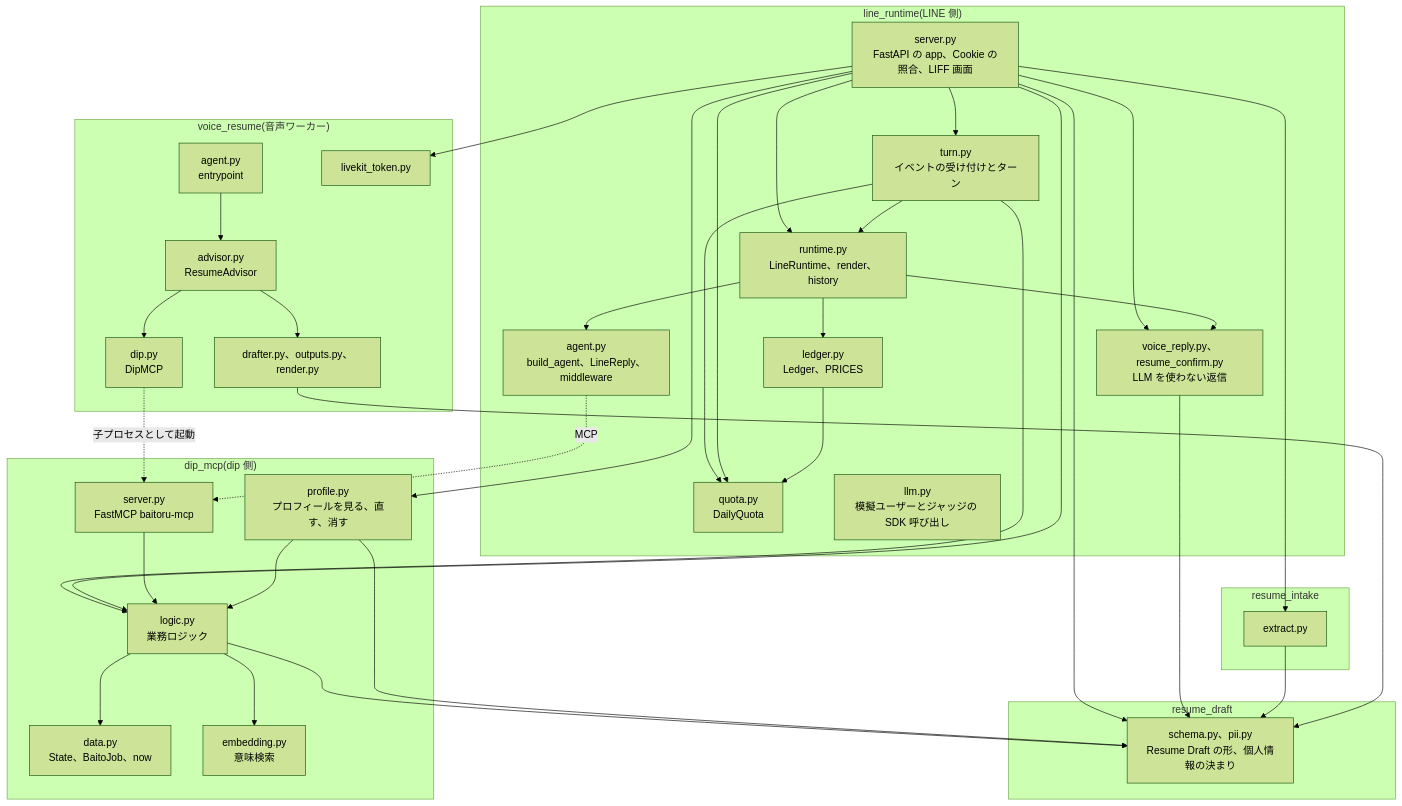
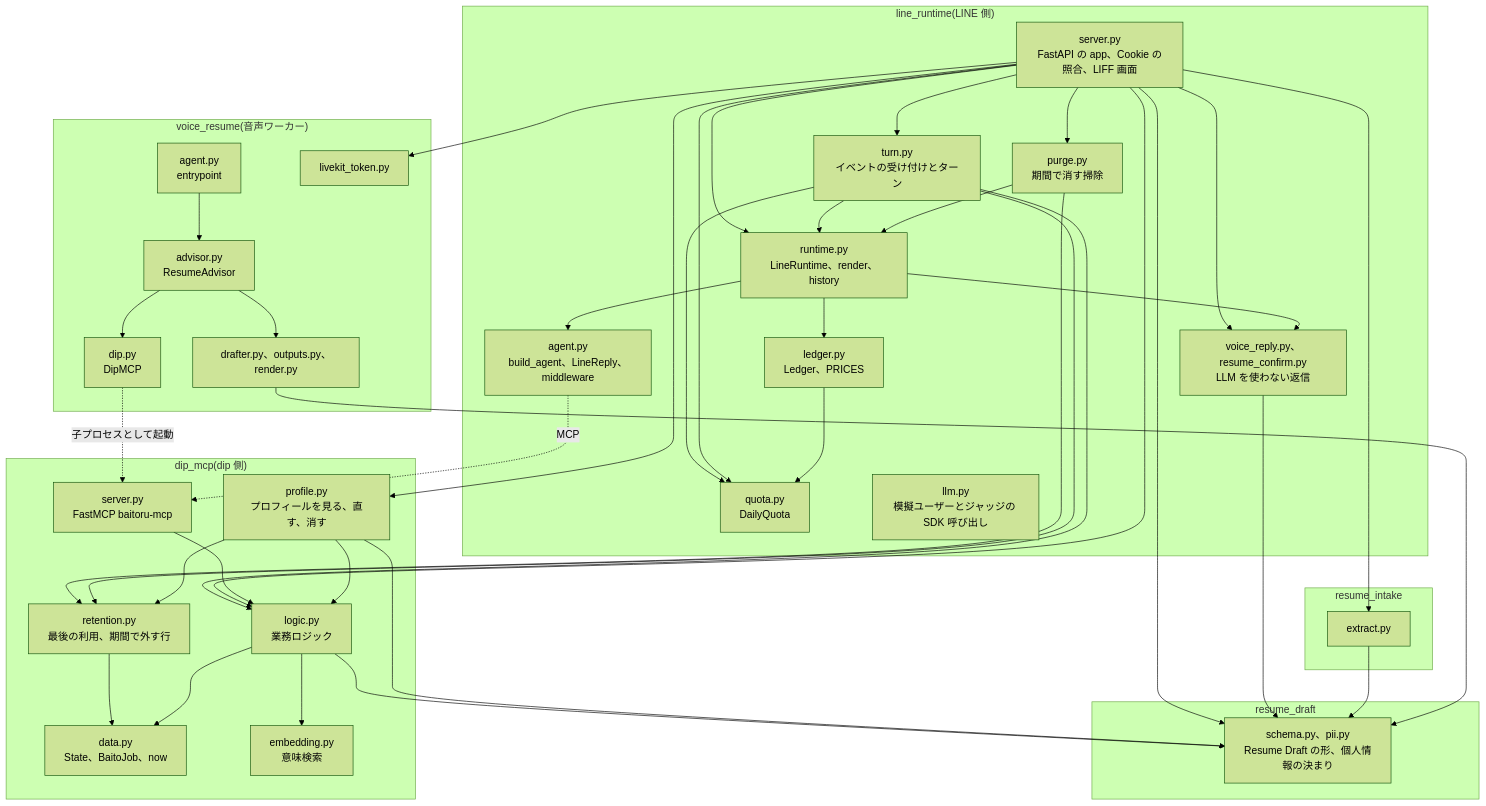
One commit to jyoka/aica changed the first of 12 diagrams in docs/architecture/lld.md. Above: the diagram before and after it, drawn with Mermaid (forest theme). The commit also changed other lines of this file and 13 other files, not shown here.

````diff
--- a/docs/architecture/lld.md
+++ b/docs/architecture/lld.md
@@ -18,62 +18,70 @@
 ```mermaid
 flowchart TB
     subgraph lr["line_runtime(LINE 側)"]
         server["server.py<br/>FastAPI の app、Cookie の照合、LIFF 画面"]
         turn["turn.py<br/>イベントの受け付けとターン"]
         runtime["runtime.py<br/>LineRuntime、render、history"]
         agent["agent.py<br/>build_agent、LineReply、middleware"]
         quota["quota.py<br/>DailyQuota"]
         ledger["ledger.py<br/>Ledger、PRICES"]
+        purge["purge.py<br/>期間で消す掃除"]
         vreply["voice_reply.py、resume_confirm.py<br/>LLM を使わない返信"]
         llm["llm.py<br/>模擬ユーザーとジャッジの SDK 呼び出し"]
     end
     subgraph dm["dip_mcp(dip 側)"]
         mcp["server.py<br/>FastMCP baitoru-mcp"]
         logic["logic.py<br/>業務ロジック"]
         profile["profile.py<br/>プロフィールを見る、直す、消す"]
         data["data.py<br/>State、BaitoJob、now"]
+        retention["retention.py<br/>最後の利用、期間で外す行"]
         emb["embedding.py<br/>意味検索"]
     end
     subgraph ri["resume_intake"]
         extract["extract.py"]
     end
     subgraph rd["resume_draft"]
         rdraft["schema.py、pii.py<br/>Resume Draft の形、個人情報の決まり"]
     end
     subgraph vr["voice_resume(音声ワーカー)"]
         vagent["agent.py<br/>entrypoint"]
         advisor["advisor.py<br/>ResumeAdvisor"]
         vdip["dip.py<br/>DipMCP"]
         vout["drafter.py、outputs.py、render.py"]
         vtoken["livekit_token.py"]
     end
 
     server --> runtime --> agent
     server --> turn
     turn --> runtime
     turn --> quota
     turn --> logic
     server --> quota
     runtime --> ledger
     ledger --> quota
+    server --> purge
+    purge --> runtime
+    purge --> retention
+    turn --> retention
+    profile --> retention
+    retention --> data
     server --> vreply
     server --> profile
     server --> logic
     server --> extract
     server --> vtoken
     runtime --> vreply
     mcp --> logic
     profile --> logic
     logic --> data
     logic --> emb
     logic --> rdraft
     profile --> rdraft
     server --> rdraft
     vreply --> rdraft
     extract --> rdraft
     vout --> rdraft
     vagent --> advisor --> vdip
     advisor --> vout
     vdip -. "子プロセスとして起動" .-> mcp
     agent -. "MCP" .-> mcp
 ```
````
